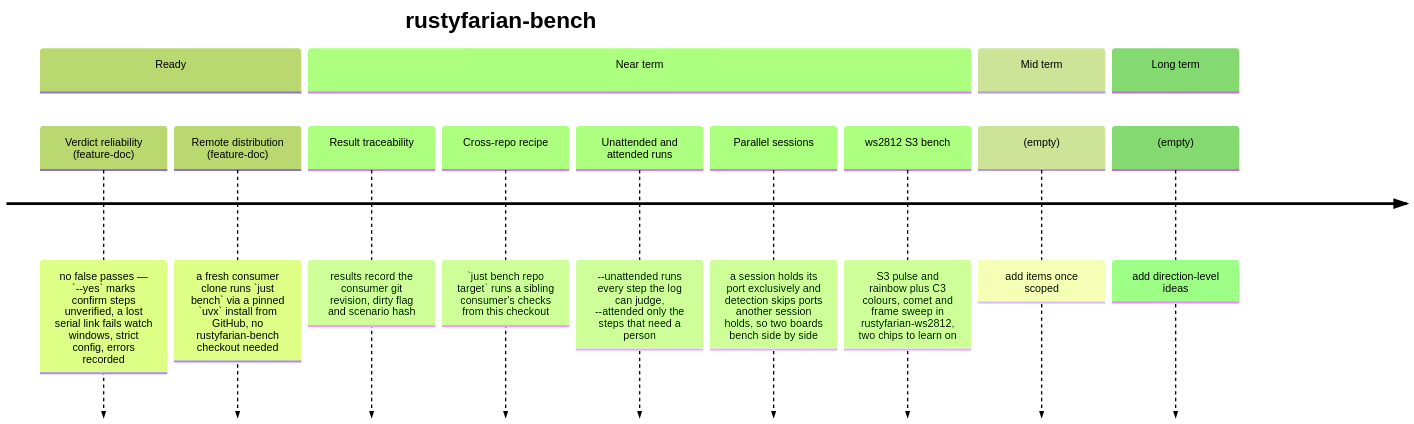
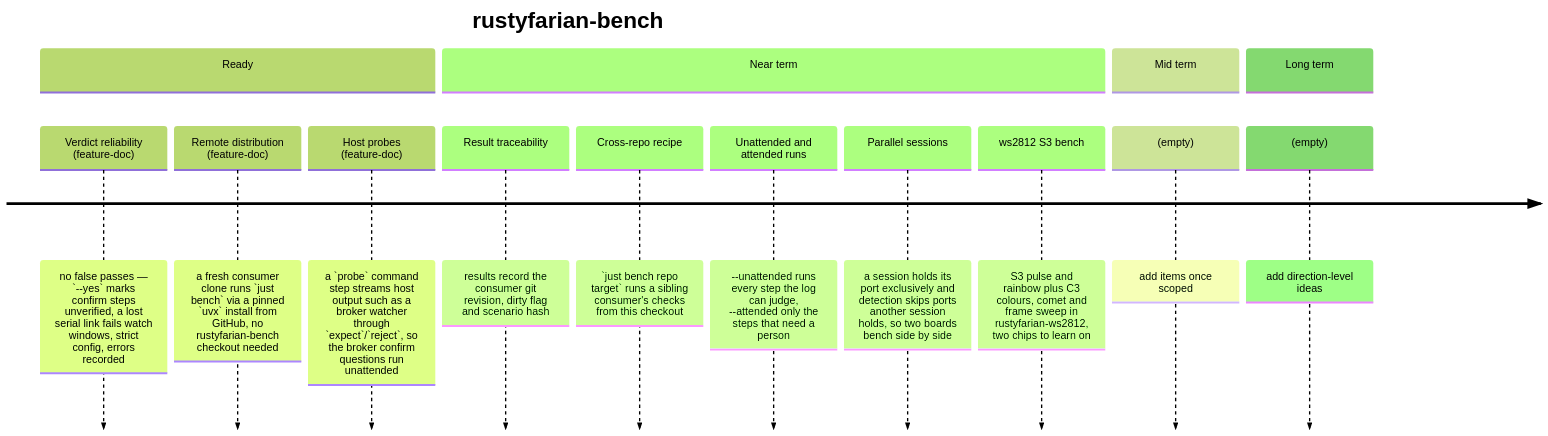
Before and after one commit to datenkollektiv/rustyfarian-bench: the diagram in docs/ROADMAP.md, drawn with Mermaid (forest theme). The commit also changed 16 other files, not shown here.

Commit message:
Judge a step from a host command with probe

````diff
--- a/docs/ROADMAP.md
+++ b/docs/ROADMAP.md
@@ -8,17 +8,18 @@
 ```mermaid
 timeline
     title rustyfarian-bench
     section Ready
         Verdict reliability (feature-doc) : no false passes — `--yes` marks confirm steps unverified, a lost serial link fails watch windows, strict config, errors recorded
         Remote distribution (feature-doc) : a fresh consumer clone runs `just bench` via a pinned `uvx` install from GitHub, no rustyfarian-bench checkout needed
+        Host probes (feature-doc) : a `probe` command step streams host output such as a broker watcher through `expect`/`reject`, so the broker confirm questions run unattended
     section Near term
         Result traceability : results record the consumer git revision, dirty flag and scenario hash
         Cross-repo recipe : `just bench repo target` runs a sibling consumer's checks from this checkout
         Unattended and attended runs : --unattended runs every step the log can judge, --attended only the steps that need a person
         Parallel sessions : a session holds its port exclusively and detection skips ports another session holds, so two boards bench side by side
         ws2812 S3 bench : S3 pulse and rainbow plus C3 colours, comet and frame sweep in rustyfarian-ws2812, two chips to learn on
     section Mid term
         (empty) : add items once scoped
     section Long term
         (empty) : add direction-level ideas
 ```
````
